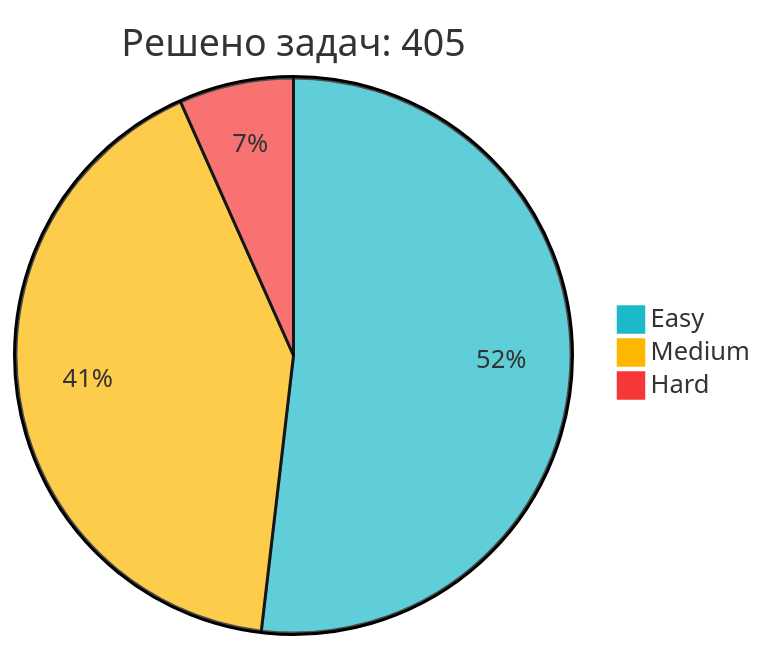
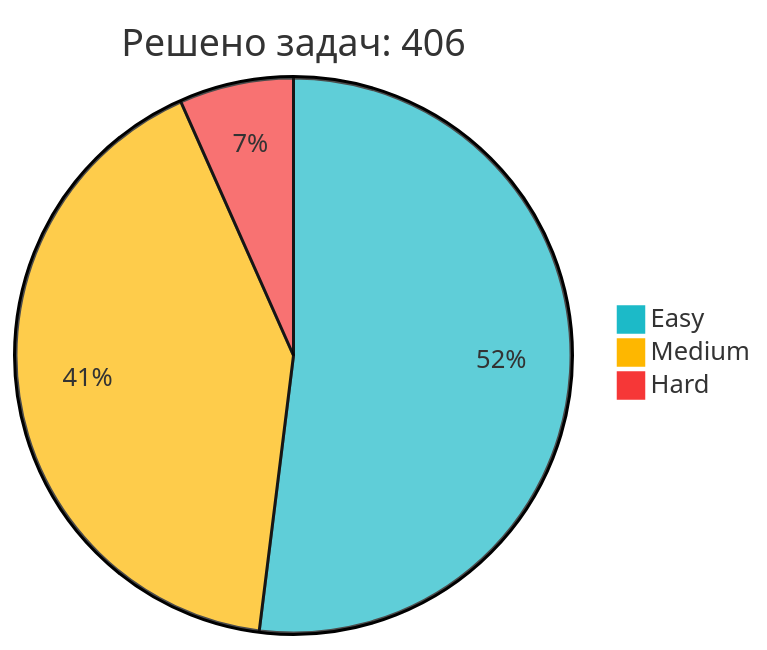
One commit to IliaKurdukov/IliaKurdukov changed the diagram in README.md. Above: the diagram before and after it, drawn with Mermaid. The commit also changed other lines of this file, not shown here.

Commit message:
📈 Обновление статистики LeetCode

````diff
--- a/README.md
+++ b/README.md
@@ -51,7 +51,7 @@
 ```mermaid
 %%{init: {'theme': 'base', 'themeVariables': { 'pie1': '#1CBAC8', 'pie2': '#FEB700', 'pie3': '#F63737' }, 'config': {'width': 300, 'height': 200}}}%%
-pie title Решено задач: 405
-   "Easy" : 210
+pie title Решено задач: 406
+   "Easy" : 211
    "Medium" : 168
    "Hard" : 27
 ```
````
